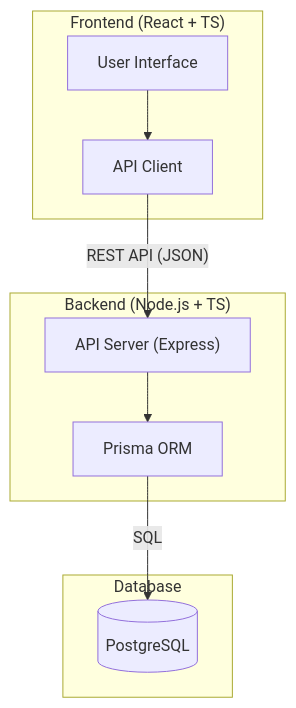
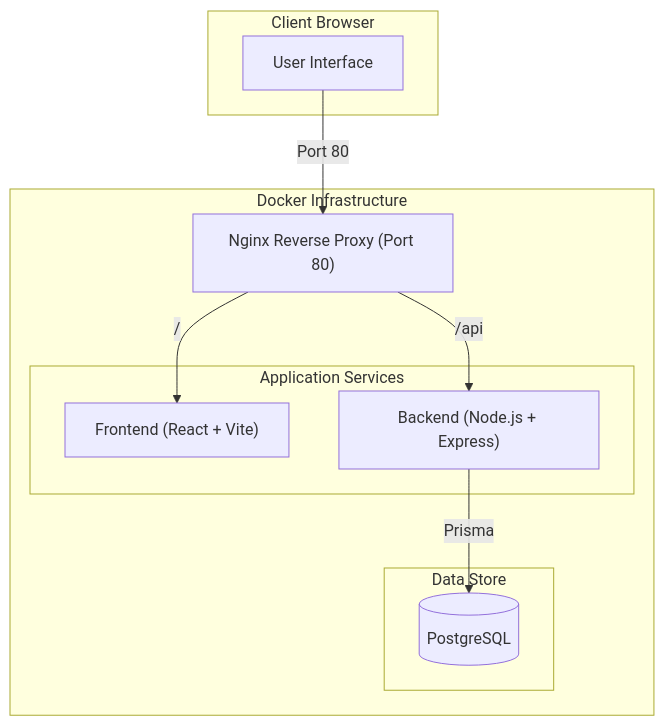
The diagram in SPEC.md (Hannibal-Tao/claw-dev-board), drawn with Mermaid before and after one commit. The commit also changed other lines of this file, not shown here.

Commit message:
docs: update SPEC.md with current architecture and progress status

````diff
--- a/SPEC.md
+++ b/SPEC.md
@@ -53,21 +59,24 @@
 ```mermaid
 graph TB
-    subgraph Frontend ["Frontend (React + TS)"]
+    subgraph Client ["Client Browser"]
         UI[User Interface]
-        API_Client[API Client]
-        UI --> API_Client
     end
 
-    subgraph Backend ["Backend (Node.js + TS)"]
-        API_Server["API Server (Express)"]
-        Prisma[Prisma ORM]
-        API_Server --> Prisma
+    subgraph Infrastructure ["Docker Infrastructure"]
+        Proxy["Nginx Reverse Proxy (Port 80)"]
+        
+        subgraph Services ["Application Services"]
+            Frontend["Frontend (React + Vite)"]
+            Backend["Backend (Node.js + Express)"]
+        end
+
+        subgraph Database ["Data Store"]
+            Postgres[(PostgreSQL)]
+        end
     end
 
-    subgraph Database ["Database"]
-        Postgres[(PostgreSQL)]
-    end
-
-    API_Client -- "REST API (JSON)" --> API_Server
-    Prisma -- "SQL" --> Postgres
+    UI -- "Port 80" --> Proxy
+    Proxy -- "/" --> Frontend
+    Proxy -- "/api" --> Backend
+    Backend -- "Prisma" --> Postgres
 ```
````
